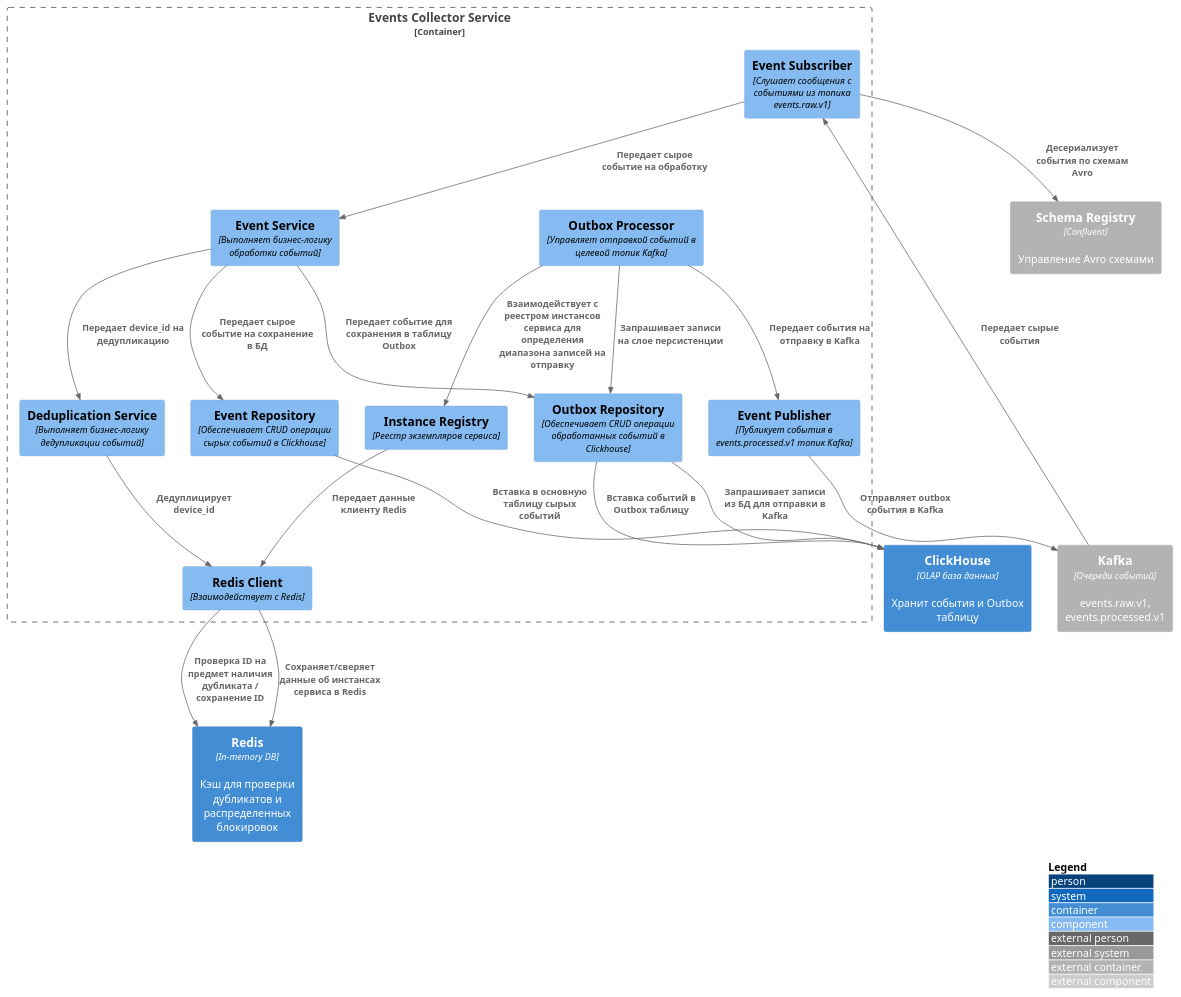
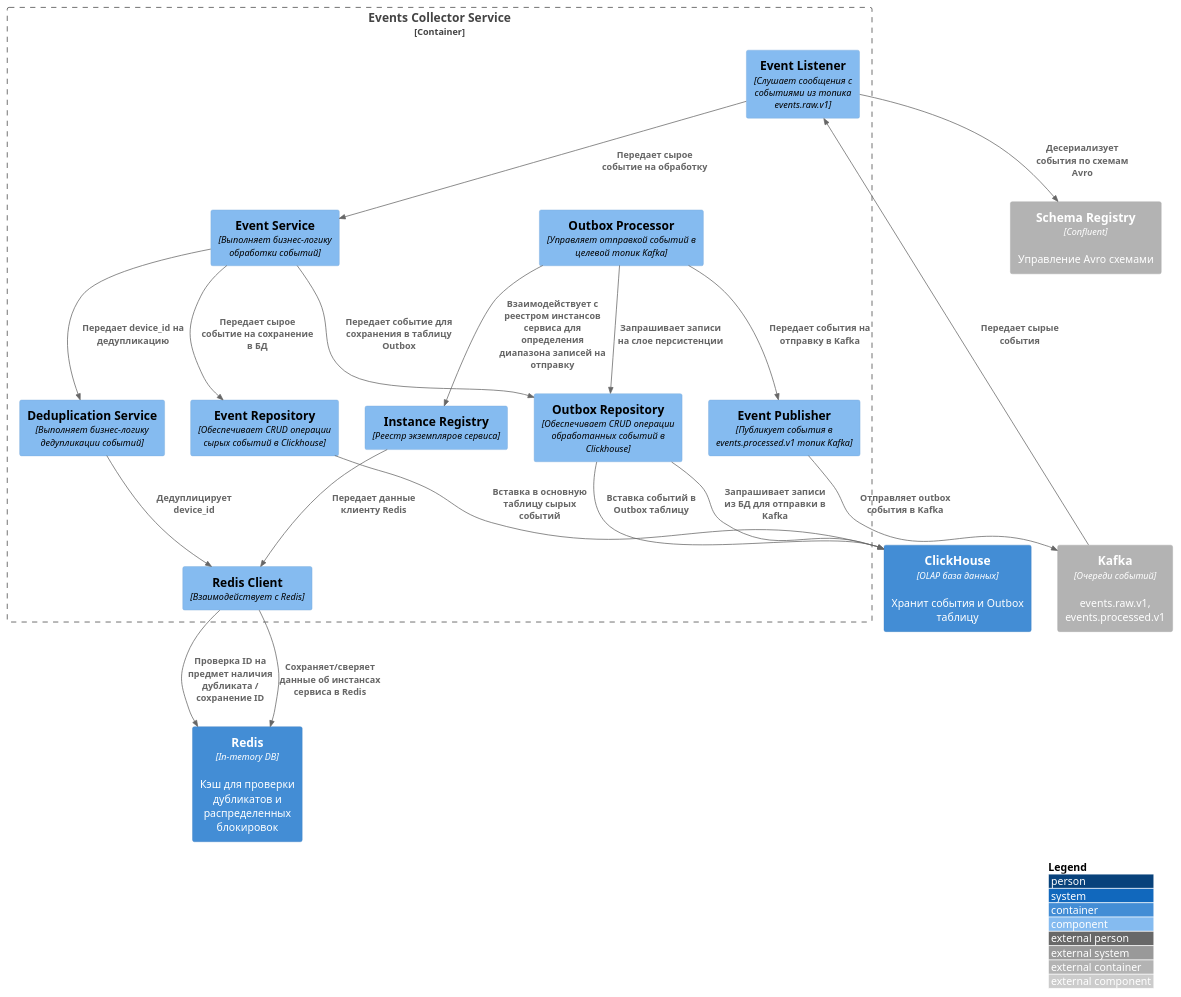
One commit to denfort50/iot-platform-yankee-dkalchenko changed the diagram in diagrams/components.puml. Above: the diagram before and after it, drawn with PlantUML. The commit also changed 96 other files, not shown here.

Commit message:
Модуль 2: Реализация events-collector-service + сервис генерации событий в Кафку + правки инфраструктуры

```diff
--- a/diagrams/components.puml
+++ b/diagrams/components.puml
@@ -1,41 +1,41 @@
 @startuml
 !includeurl https://raw.githubusercontent.com/plantuml-stdlib/C4-PlantUML/master/C4_Component.puml
 
 LAYOUT_WITH_LEGEND()
 
 Container_Ext(kafka, "Kafka", "Очереди событий", "events.raw.v1, events.processed.v1")
 Container_Ext(schema_registry, "Schema Registry", "Confluent", "Управление Avro схемами")
 Container(redis, "Redis", "In-memory DB", "Кэш для проверки дубликатов и распределенных блокировок")
 Container(ch, "ClickHouse", "OLAP база данных", "Хранит события и Outbox таблицу")
 
 Container_Boundary(eventsCollector, "Events Collector Service", "Spring Boot", "Сервис получает события и сохраняет их") {
-    Component(eventSubscriber, "Event Subscriber", "Слушает сообщения с событиями из топика events.raw.v1")
+    Component(eventListener, "Event Listener", "Слушает сообщения с событиями из топика events.raw.v1")
     Component(eventService, "Event Service", "Выполняет бизнес-логику обработки событий")
     Component(eventRepository, "Event Repository", "Обеспечивает CRUD операции сырых событий в Clickhouse")
     Component(outboxRepository, "Outbox Repository", "Обеспечивает CRUD операции обработанных событий в Clickhouse")
     Component(deduplicationService, "Deduplication Service", "Выполняет бизнес-логику дедупликации событий")
     Component(redisClient, "Redis Client", "Взаимодействует с Redis")
     Component(outboxProcessor, "Outbox Processor", "Управляет отправкой событий в целевой топик Kafka")
     Component(instanceRegistry , "Instance Registry", "Реестр экземпляров сервиса")
     Component(eventPublisher, "Event Publisher", "Публикует события в events.processed.v1 топик Kafka")
 }
 
-Rel(kafka, eventSubscriber, "Передает сырые события")
-Rel(eventSubscriber, schema_registry, "Десериализует события по схемам Avro")
-Rel(eventSubscriber, eventService, "Передает сырое событие на обработку")
+Rel(kafka, eventListener, "Передает сырые события")
+Rel(eventListener, schema_registry, "Десериализует события по схемам Avro")
+Rel(eventListener, eventService, "Передает сырое событие на обработку")
 Rel(eventService, eventRepository, "Передает сырое событие на сохранение в БД")
 Rel(eventRepository, ch, "Вставка в основную таблицу сырых событий")
 Rel(eventService, deduplicationService, "Передает device_id на дедупликацию")
 Rel(deduplicationService, redisClient, "Дедуплицирует device_id")
 Rel(redisClient, redis, "Проверка ID на предмет наличия дубликата / сохранение ID")
 Rel(eventService, outboxRepository, "Передает событие для сохранения в таблицу Outbox")
 Rel(outboxRepository, ch, "Вставка событий в Outbox таблицу")
 Rel(outboxProcessor, instanceRegistry, "Взаимодействует с реестром инстансов сервиса для определения диапазона записей на отправку")
 Rel(instanceRegistry, redisClient, "Передает данные клиенту Redis")
 Rel(redisClient, redis, "Сохраняет/сверяет данные об инстансах сервиса в Redis")
 Rel(outboxProcessor, outboxRepository, "Запрашивает записи на слое персистенции")
 Rel(outboxRepository, ch, "Запрашивает записи из БД для отправки в Kafka")
 Rel(outboxProcessor, eventPublisher, "Передает события на отправку в Kafka")
 Rel(eventPublisher, kafka, "Отправляет outbox события в Kafka")
 
 @enduml
```
